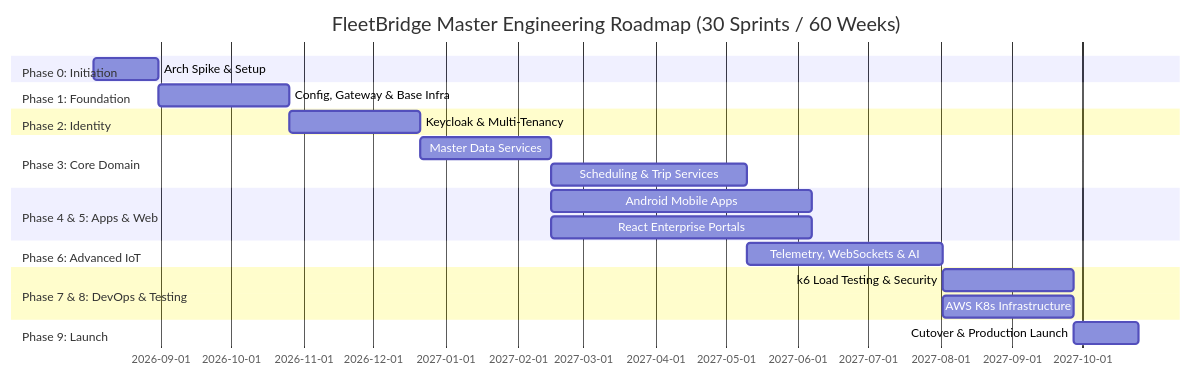
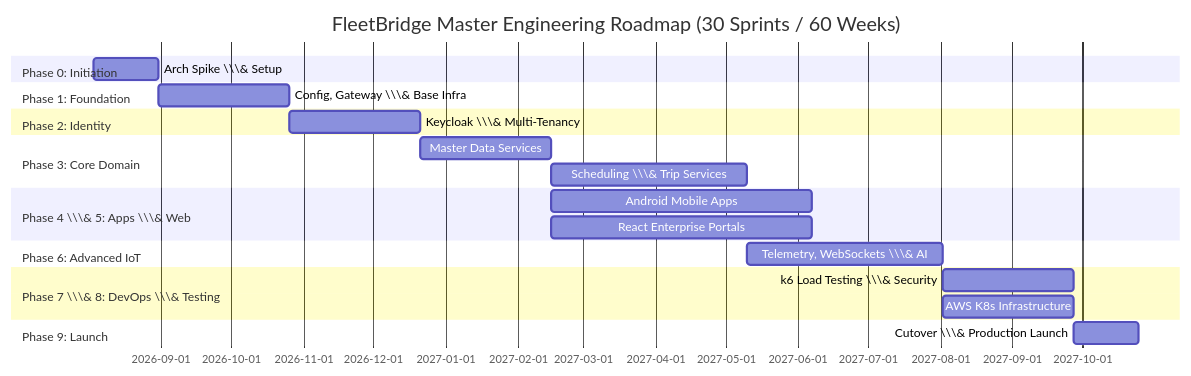
One commit to Bhuvi285/FleetBridge changed the second of 2 diagrams in Docs/FleetBridge_Implementation_Roadmap.md. Above: the diagram before and after it, drawn with Mermaid. The commit also changed other lines of this file and 231 other files, not shown here.

Commit message:
feat: initialize FleetBridge microservices architecture and core services

````diff
--- a/Docs/FleetBridge_Implementation_Roadmap.md
+++ b/Docs/FleetBridge_Implementation_Roadmap.md
@@ -592,32 +642,32 @@
 ```mermaid
 gantt
     dateFormat  YYYY-MM-DD
     title FleetBridge Master Engineering Roadmap (30 Sprints / 60 Weeks)
 
     section Phase 0: Initiation
-    Arch Spike & Setup         :p0, 2026-08-03, 4w
+    Arch Spike \\\& Setup         :p0, 2026-08-03, 4w
 
     section Phase 1: Foundation
-    Config, Gateway & Base Infra :p1, after p0, 8w
+    Config, Gateway \\\& Base Infra :p1, after p0, 8w
 
     section Phase 2: Identity
-    Keycloak & Multi-Tenancy   :p2, after p1, 8w
+    Keycloak \\\& Multi-Tenancy   :p2, after p1, 8w
 
     section Phase 3: Core Domain
     Master Data Services       :p3a, after p2, 8w
-    Scheduling & Trip Services :p3b, after p3a, 12w
+    Scheduling \\\& Trip Services :p3b, after p3a, 12w
 
-    section Phase 4 & 5: Apps & Web
+    section Phase 4 \\\& 5: Apps \\\& Web
     Android Mobile Apps        :p4, after p3a, 16w
     React Enterprise Portals   :p5, after p3a, 16w
 
     section Phase 6: Advanced IoT
-    Telemetry, WebSockets & AI :p6, after p3b, 12w
+    Telemetry, WebSockets \\\& AI :p6, after p3b, 12w
 
-    section Phase 7 & 8: DevOps & Testing
-    k6 Load Testing & Security  :p7, after p6, 8w
+    section Phase 7 \\\& 8: DevOps \\\& Testing
+    k6 Load Testing \\\& Security  :p7, after p6, 8w
     AWS K8s Infrastructure     :p8, after p6, 8w
 
     section Phase 9: Launch
-    Cutover & Production Launch:p9, after p8, 4w
+    Cutover \\\& Production Launch:p9, after p8, 4w
 ```
````
